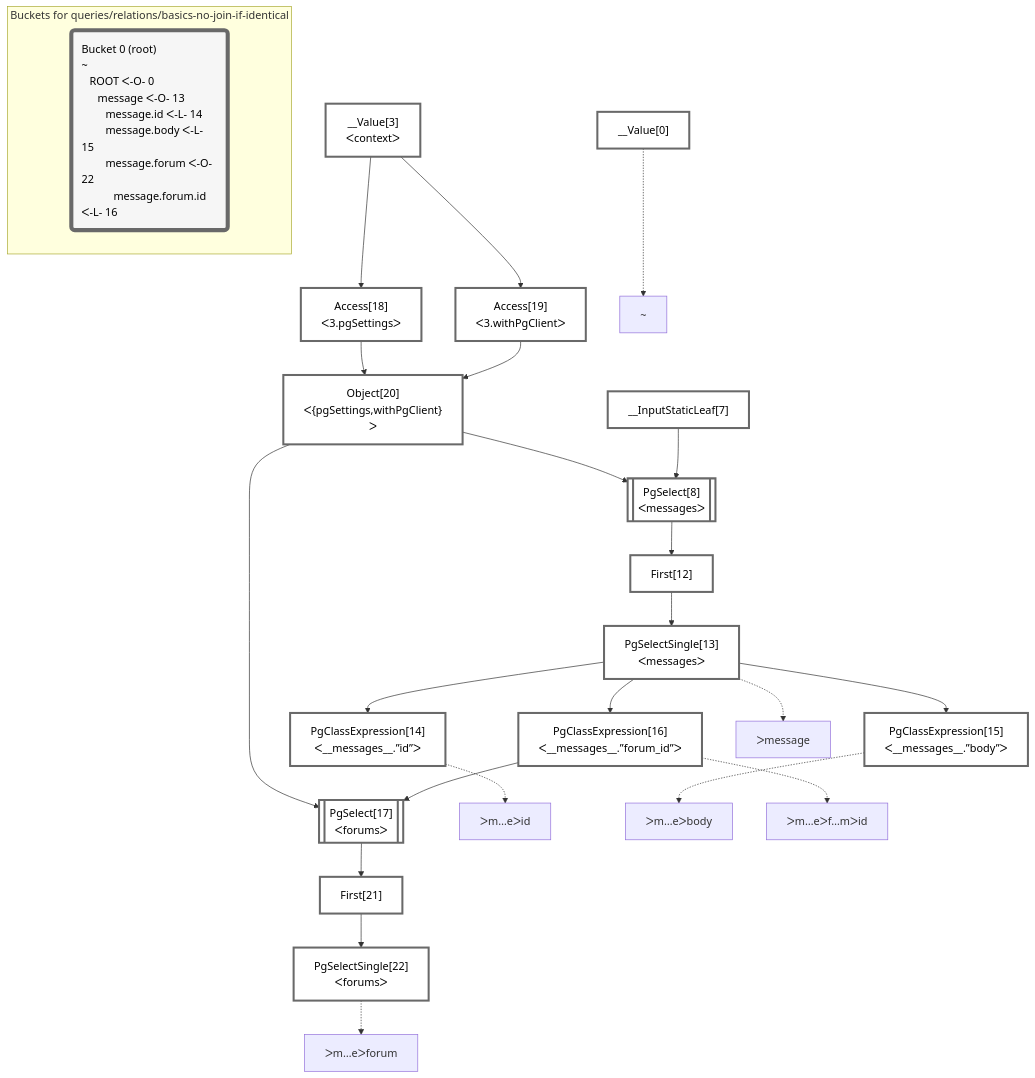
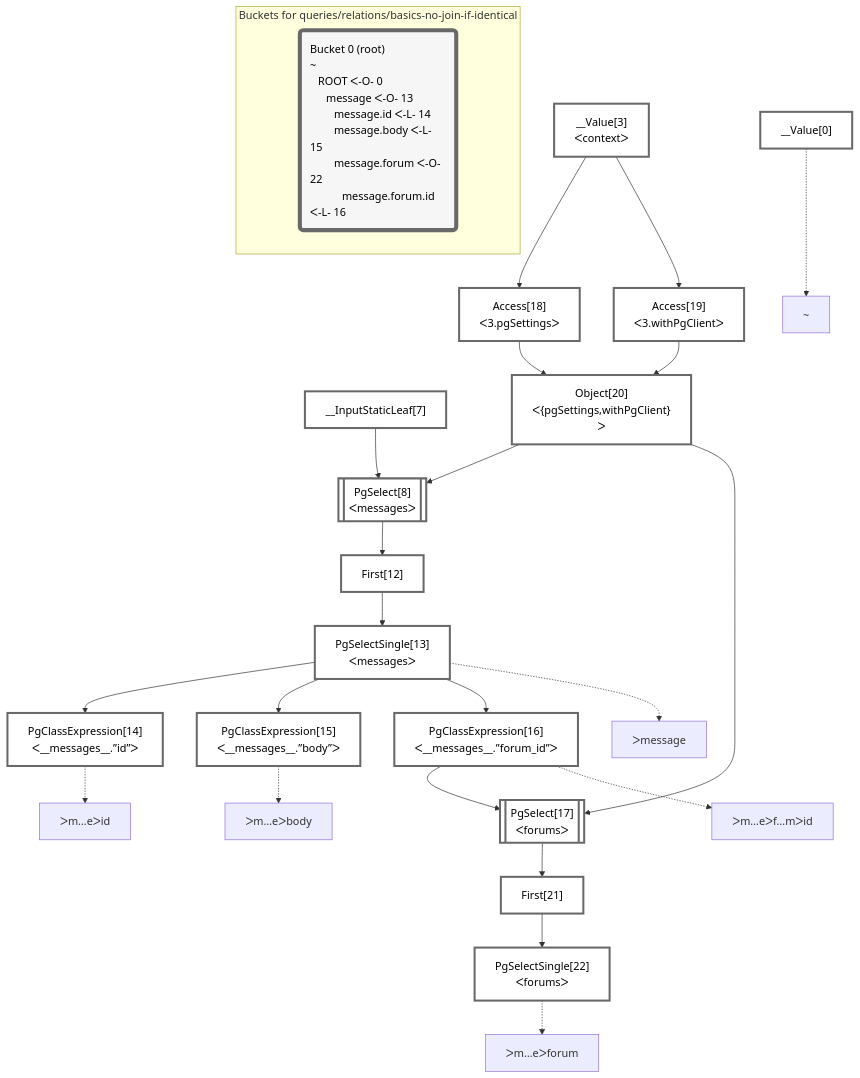
Before and after one commit to graphile/crystal: the diagram in packages/dataplan-pg/__tests__/queries/relations/basics-no-join-if-identical.deopt.mermaid.md, drawn with Mermaid. The commit also changed other lines of this file and 195 other files, not shown here.

Commit message:
Reorder graphs

````diff
--- a/packages/dataplan-pg/__tests__/queries/relations/basics-no-join-if-identical.deopt.mermaid.md
+++ b/packages/dataplan-pg/__tests__/queries/relations/basics-no-join-if-identical.deopt.mermaid.md
@@ -1,60 +1,60 @@
 ```mermaid
 graph TD
     classDef path fill:#eee,stroke:#000,color:#000
     classDef plan fill:#fff,stroke-width:3px,color:#000
     classDef itemplan fill:#fff,stroke-width:6px,color:#000
     classDef sideeffectplan fill:#f00,stroke-width:6px,color:#000
     classDef bucket fill:#f6f6f6,color:#000,stroke-width:6px,text-align:left
 
 
     %% define plans
     __Value0["__Value[0]"]:::plan
+    __Value3["__Value[3]<br />ᐸcontextᐳ"]:::plan
+    __InputStaticLeaf7["__InputStaticLeaf[7]"]:::plan
+    Access18["Access[18]<br />ᐸ3.pgSettingsᐳ"]:::plan
+    Access19["Access[19]<br />ᐸ3.withPgClientᐳ"]:::plan
+    Object20["Object[20]<br />ᐸ{pgSettings,withPgClient}ᐳ"]:::plan
+    PgSelect8[["PgSelect[8]<br />ᐸmessagesᐳ"]]:::plan
+    First12["First[12]"]:::plan
+    PgSelectSingle13["PgSelectSingle[13]<br />ᐸmessagesᐳ"]:::plan
     PgClassExpression14["PgClassExpression[14]<br />ᐸ__messages__.”id”ᐳ"]:::plan
     PgClassExpression15["PgClassExpression[15]<br />ᐸ__messages__.”body”ᐳ"]:::plan
+    PgClassExpression16["PgClassExpression[16]<br />ᐸ__messages__.”forum_id”ᐳ"]:::plan
+    PgSelect17[["PgSelect[17]<br />ᐸforumsᐳ"]]:::plan
+    First21["First[21]"]:::plan
     PgSelectSingle22["PgSelectSingle[22]<br />ᐸforumsᐳ"]:::plan
-    First21["First[21]"]:::plan
-    PgSelect17[["PgSelect[17]<br />ᐸforumsᐳ"]]:::plan
-    PgClassExpression16["PgClassExpression[16]<br />ᐸ__messages__.”forum_id”ᐳ"]:::plan
-    PgSelectSingle13["PgSelectSingle[13]<br />ᐸmessagesᐳ"]:::plan
-    First12["First[12]"]:::plan
-    PgSelect8[["PgSelect[8]<br />ᐸmessagesᐳ"]]:::plan
-    Object20["Object[20]<br />ᐸ{pgSettings,withPgClient}ᐳ"]:::plan
-    Access18["Access[18]<br />ᐸ3.pgSettingsᐳ"]:::plan
-    Access19["Access[19]<br />ᐸ3.withPgClientᐳ"]:::plan
-    __Value3["__Value[3]<br />ᐸcontextᐳ"]:::plan
-    __InputStaticLeaf7["__InputStaticLeaf[7]"]:::plan
 
     %% plan dependencies
+    __Value3 --> Access18
+    __Value3 --> Access19
+    Access18 & Access19 --> Object20
+    Object20 & __InputStaticLeaf7 --> PgSelect8
+    PgSelect8 --> First12
+    First12 --> PgSelectSingle13
     PgSelectSingle13 --> PgClassExpression14
     PgSelectSingle13 --> PgClassExpression15
+    PgSelectSingle13 --> PgClassExpression16
+    Object20 & PgClassExpression16 --> PgSelect17
+    PgSelect17 --> First21
     First21 --> PgSelectSingle22
-    PgSelect17 --> First21
-    Object20 & PgClassExpression16 --> PgSelect17
-    PgSelectSingle13 --> PgClassExpression16
-    First12 --> PgSelectSingle13
-    PgSelect8 --> First12
-    Object20 & __InputStaticLeaf7 --> PgSelect8
-    Access18 & Access19 --> Object20
-    __Value3 --> Access18
-    __Value3 --> Access19
 
     %% plan-to-path relationships
     P0["~"]
     __Value0 -.-> P0
     P13["ᐳmessage"]
     PgSelectSingle13 -.-> P13
     P14["ᐳm…eᐳid"]
     PgClassExpression14 -.-> P14
     P15["ᐳm…eᐳbody"]
     PgClassExpression15 -.-> P15
     P16["ᐳm…eᐳf…mᐳid"]
     PgClassExpression16 -.-> P16
     P22["ᐳm…eᐳforum"]
     PgSelectSingle22 -.-> P22
 
     subgraph "Buckets for queries/relations/basics-no-join-if-identical"
     Bucket0("Bucket 0 (root)<br />~<br />⠀ROOT ᐸ-O- 0<br />⠀⠀message ᐸ-O- 13<br />⠀⠀⠀message.id ᐸ-L- 14<br />⠀⠀⠀message.body ᐸ-L- 15<br />⠀⠀⠀message.forum ᐸ-O- 22<br />⠀⠀⠀⠀message.forum.id ᐸ-L- 16"):::bucket
     classDef bucket0 stroke:#696969
     class Bucket0,__Value0,__Value3,__InputStaticLeaf7,PgSelect8,First12,PgSelectSingle13,PgClassExpression14,PgClassExpression15,PgClassExpression16,PgSelect17,Access18,Access19,Object20,First21,PgSelectSingle22 bucket0
     end
 ```
````
